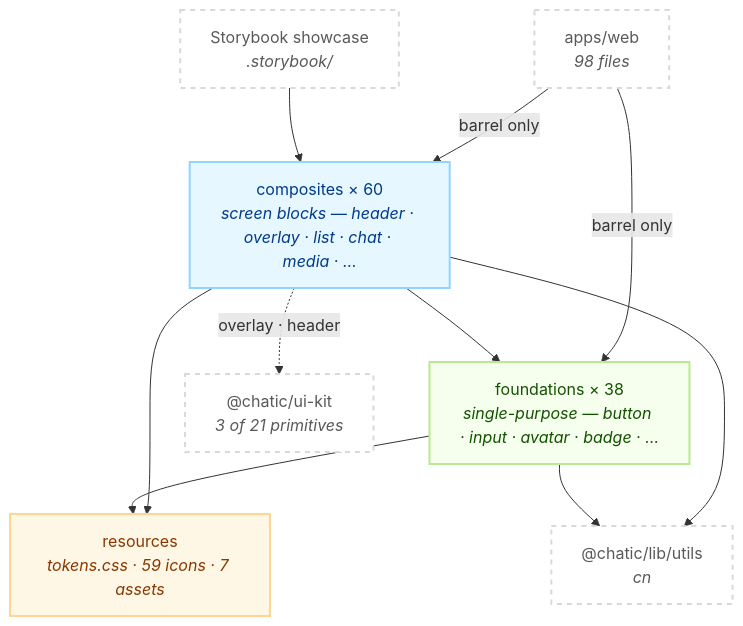
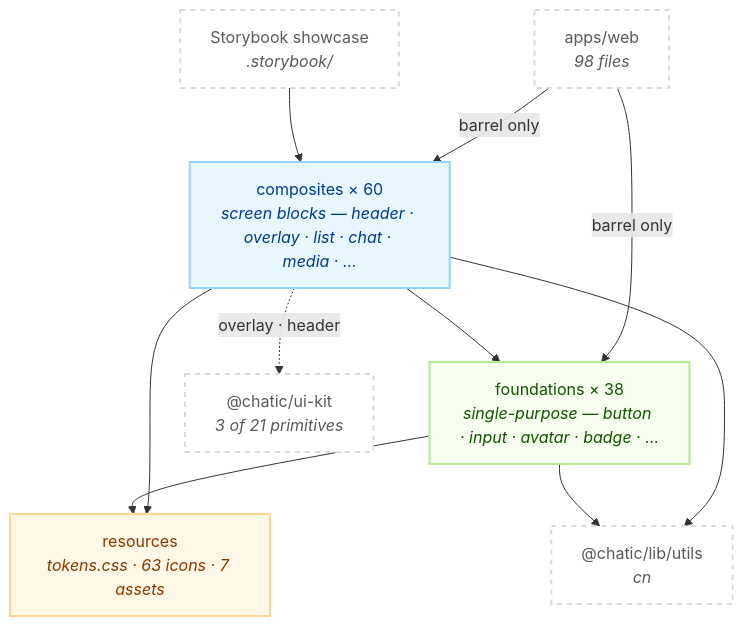
One commit to lemoncloud-io/dou-app changed the first of 2 diagrams in libs/web-ui-kit/README.md. Above: the diagram before and after it, drawn with Mermaid. The commit also changed other lines of this file and 16 other files, not shown here.

````diff
--- a/libs/web-ui-kit/README.md
+++ b/libs/web-ui-kit/README.md
@@ -116,27 +116,27 @@
 ```mermaid
 flowchart TD
     classDef comp fill:#e6f7ff,stroke:#91d5ff,stroke-width:2px,color:#003a8c;
     classDef found fill:#f6ffed,stroke:#b7eb8f,stroke-width:2px,color:#135200;
     classDef res fill:#fff7e6,stroke:#ffd591,stroke-width:2px,color:#873800;
     classDef ext fill:#ffffff,stroke:#d9d9d9,stroke-width:2px,color:#595959,stroke-dasharray: 5 5;
 
     App["apps/web<br/><i>98 files</i>"]:::ext
     SB["Storybook showcase<br/><i>.storybook/</i>"]:::ext
 
     C["composites × 60<br/><i>screen blocks — header · overlay · list · chat · media · …</i>"]:::comp
     F["foundations × 38<br/><i>single-purpose — button · input · avatar · badge · …</i>"]:::found
-    R["resources<br/><i>tokens.css · 59 icons · 7 assets</i>"]:::res
+    R["resources<br/><i>tokens.css · 63 icons · 7 assets</i>"]:::res
 
     UK["@chatic/ui-kit<br/><i>3 of 21 primitives</i>"]:::ext
     CN["@chatic/lib/utils<br/><i>cn</i>"]:::ext
 
     App -->|"barrel only"| C
     App -->|"barrel only"| F
     SB --> C
     C --> F
     C --> R
     F --> R
     C -.->|"overlay · header"| UK
     C --> CN
     F --> CN
 ```
````
